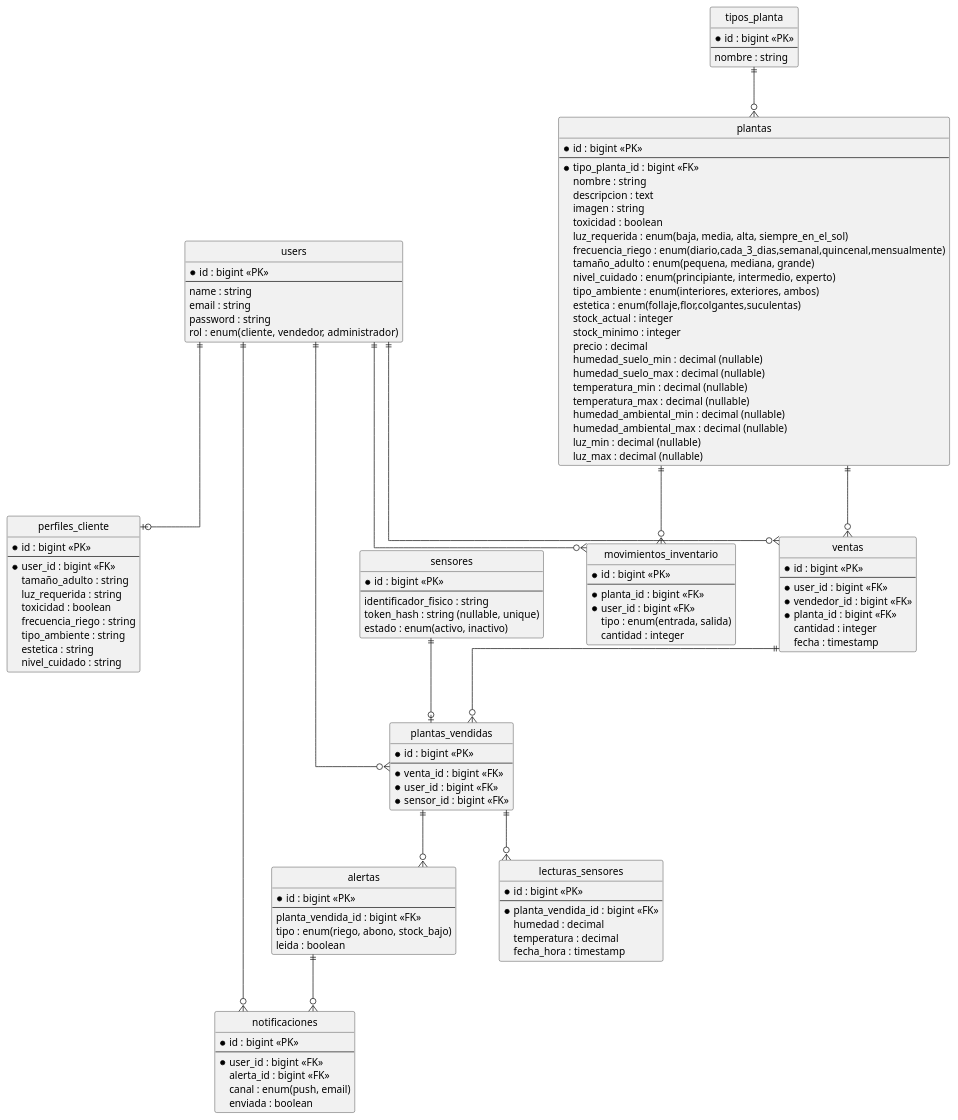
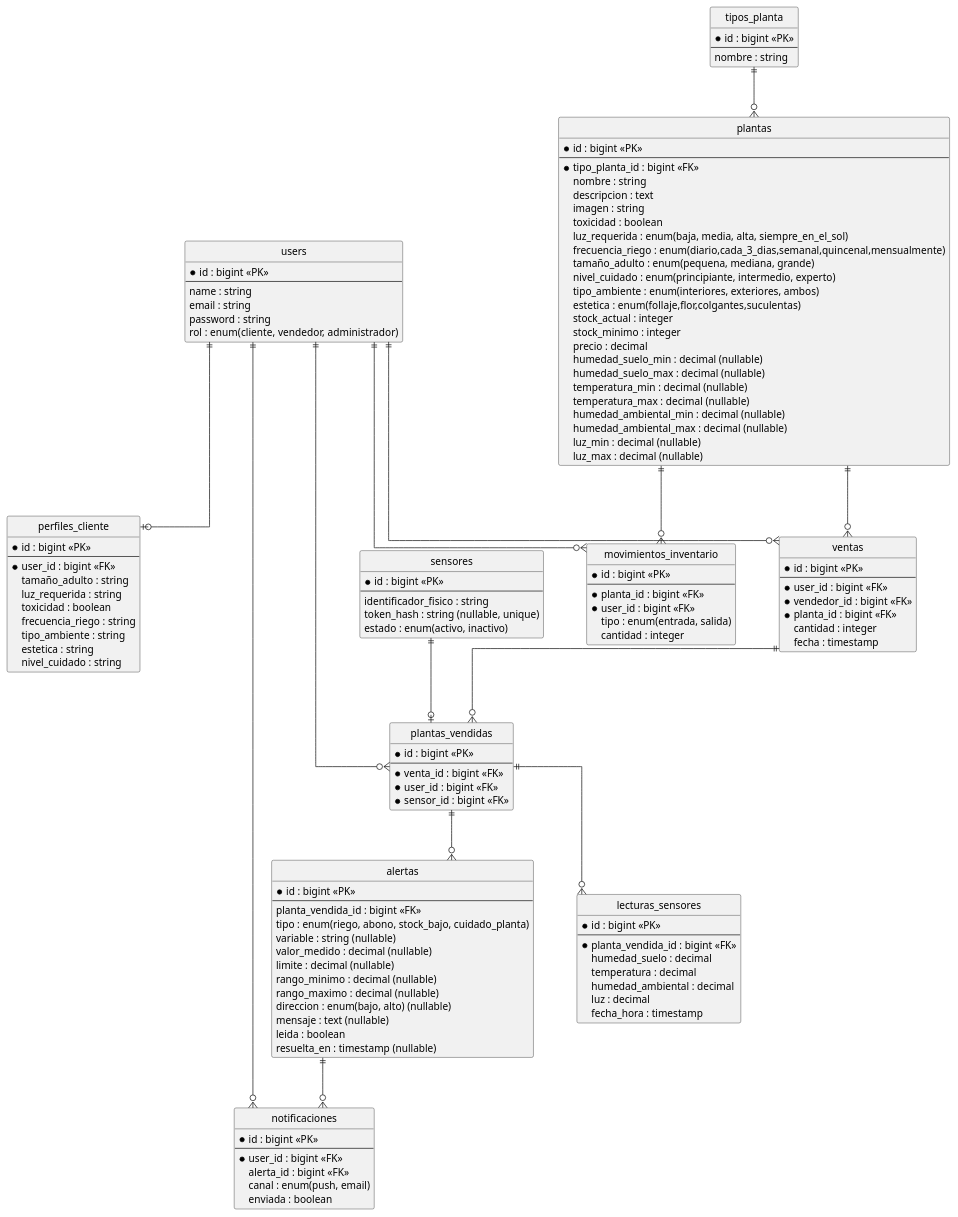
Before and after one commit to Jose-76825708/Adaptia: the diagram in docs/modelo-bd.md, drawn with PlantUML. The commit also changed 38 other files, not shown here.

```diff
--- a/docs/modelo-bd.md
+++ b/docs/modelo-bd.md
@@ -103,8 +103,10 @@
   * id : bigint <<PK>>
   --
   * planta_vendida_id : bigint <<FK>>
-  humedad : decimal
+  humedad_suelo : decimal
   temperatura : decimal
+  humedad_ambiental : decimal
+  luz : decimal
   fecha_hora : timestamp
 }
 
@@ -113,8 +115,16 @@
   * id : bigint <<PK>>
   --
   planta_vendida_id : bigint <<FK>>
-  tipo : enum(riego, abono, stock_bajo)
+  tipo : enum(riego, abono, stock_bajo, cuidado_planta)
+  variable : string (nullable)
+  valor_medido : decimal (nullable)
+  limite : decimal (nullable)
+  rango_minimo : decimal (nullable)
+  rango_maximo : decimal (nullable)
+  direccion : enum(bajo, alto) (nullable)
+  mensaje : text (nullable)
   leida : boolean
+  resuelta_en : timestamp (nullable)
 }
 
 entity "notificaciones" as notificaciones {
```
